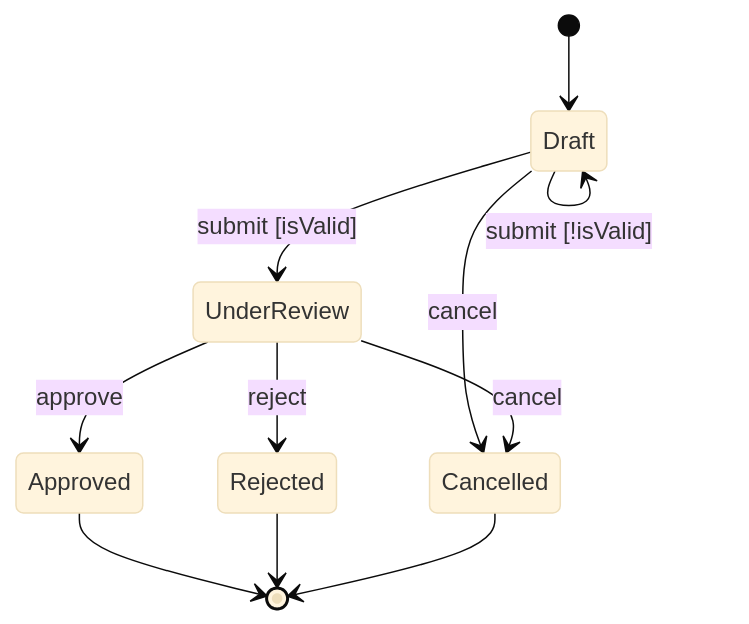
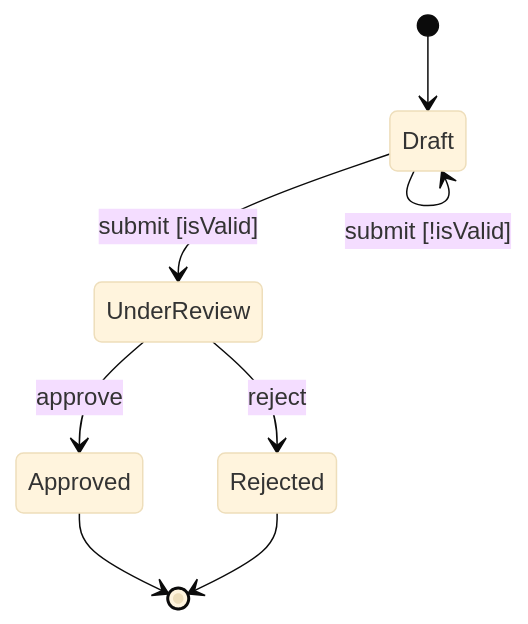
One commit to axiomantic/spellbook changed the diagram in skills/designing-workflows/SKILL.md. Above: the diagram before and after it, drawn with Mermaid (base theme). The commit also changed other lines of this file and 14 other files, not shown here.

````diff
--- a/skills/designing-workflows/SKILL.md
+++ b/skills/designing-workflows/SKILL.md
@@ -143,13 +71,10 @@
 ```mermaid
 stateDiagram-v2
     [*] --> Draft
     Draft --> UnderReview: submit [isValid]
     Draft --> Draft: submit [!isValid]
     UnderReview --> Approved: approve
     UnderReview --> Rejected: reject
     Approved --> [*]
     Rejected --> [*]
-    Draft --> Cancelled: cancel
-    UnderReview --> Cancelled: cancel
-    Cancelled --> [*]
 ```
````
